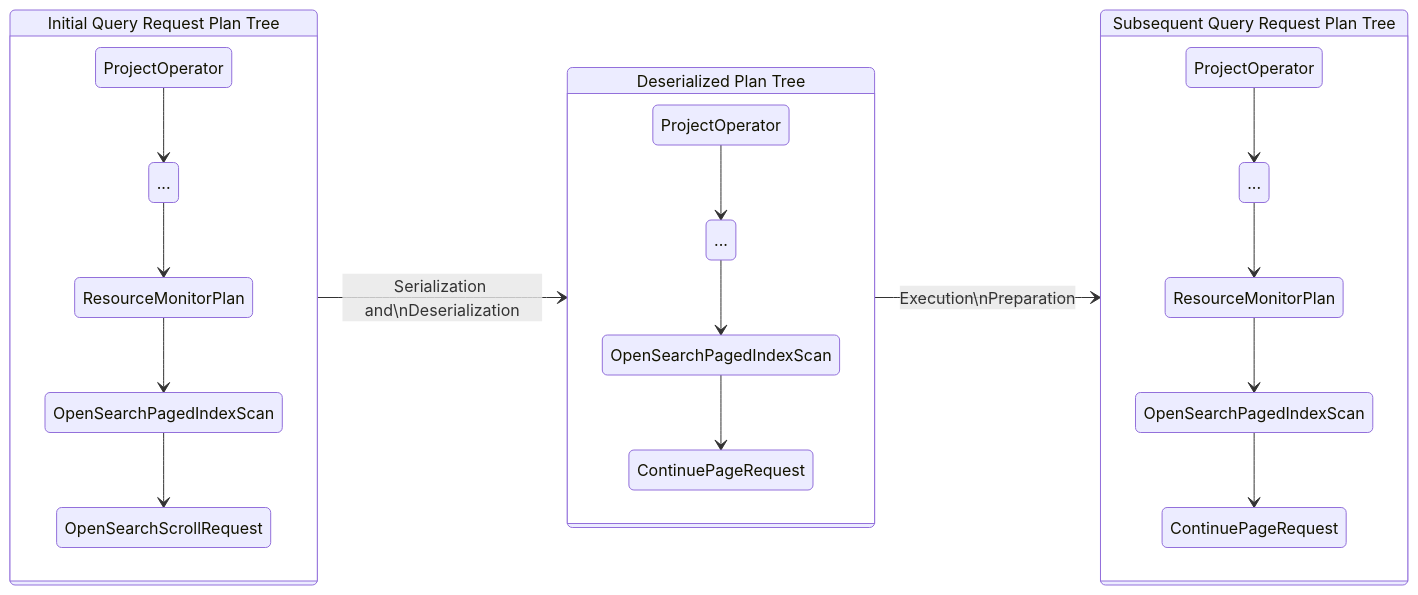
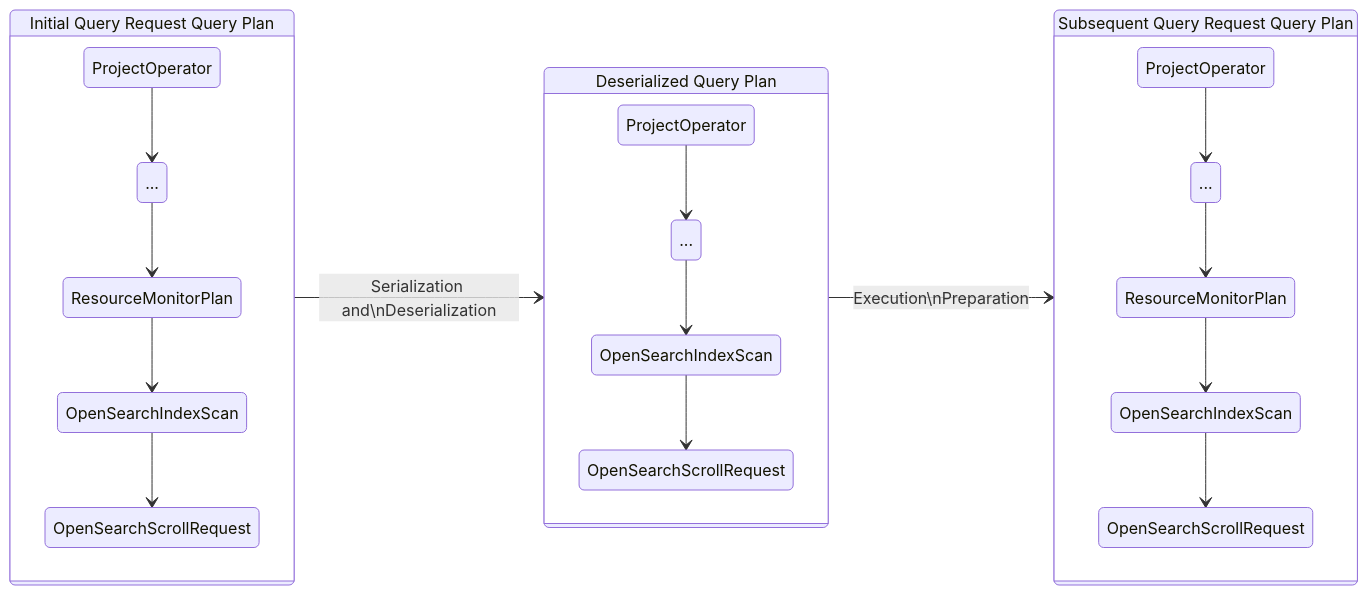
Diagram 15 of 18 in docs/dev/Pagination-v2.md (opensearch-project/sql), drawn with Mermaid before and after one commit. The commit also changed other lines of this file, not shown here.

````diff
--- a/docs/dev/Pagination-v2.md
+++ b/docs/dev/Pagination-v2.md
@@ -598,43 +548,43 @@
 ```mermaid
 stateDiagram-v2
     direction LR
-    state "Initial Query Request Plan Tree" as FirstPage
+    state "Initial Query Request Query Plan" as FirstPage
     state FirstPage {
         state "ProjectOperator" as logState1_1
         state "..." as logState1_2
         state "ResourceMonitorPlan" as logState1_3
-        state "OpenSearchPagedIndexScan" as logState1_4
+        state "OpenSearchIndexScan" as logState1_4
         state "OpenSearchScrollRequest" as logState1_5
         logState1_1 --> logState1_2
         logState1_2 --> logState1_3
         logState1_3 --> logState1_4
         logState1_4 --> logState1_5
     }
 
-    state "Deserialized Plan Tree" as SecondPageTree
+    state "Deserialized Query Plan" as SecondPageTree
     state SecondPageTree {
         state "ProjectOperator" as logState2_1
         state "..." as logState2_2
-        state "OpenSearchPagedIndexScan" as logState2_3
-        state "ContinuePageRequest" as logState2_4
+        state "OpenSearchIndexScan" as logState2_3
+        state "OpenSearchScrollRequest" as logState2_4
         logState2_1 --> logState2_2
         logState2_2 --> logState2_3
         logState2_3 --> logState2_4
     }
 
-    state "Subsequent Query Request Plan Tree" as SecondPage
+    state "Subsequent Query Request Query Plan" as SecondPage
     state SecondPage {
         state "ProjectOperator" as logState3_1
         state "..." as logState3_2
         state "ResourceMonitorPlan" as logState3_3
-        state "OpenSearchPagedIndexScan" as logState3_4
-        state "ContinuePageRequest" as logState3_5
+        state "OpenSearchIndexScan" as logState3_4
+        state "OpenSearchScrollRequest" as logState3_5
         logState3_1 --> logState3_2
         logState3_2 --> logState3_3
         logState3_3 --> logState3_4
         logState3_4 --> logState3_5
     }
 
   FirstPage --> SecondPageTree : Serialization and\nDeserialization
   SecondPageTree --> SecondPage : Execution\nPreparation
 ```
````
